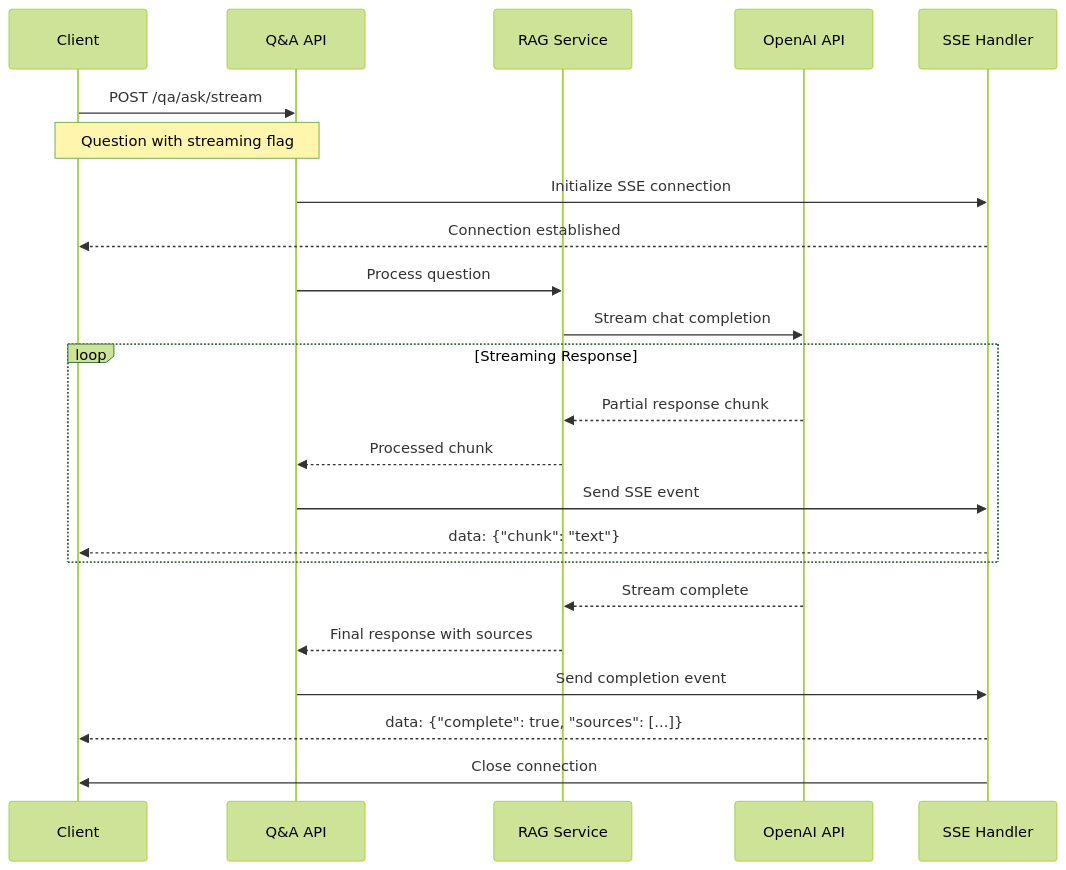
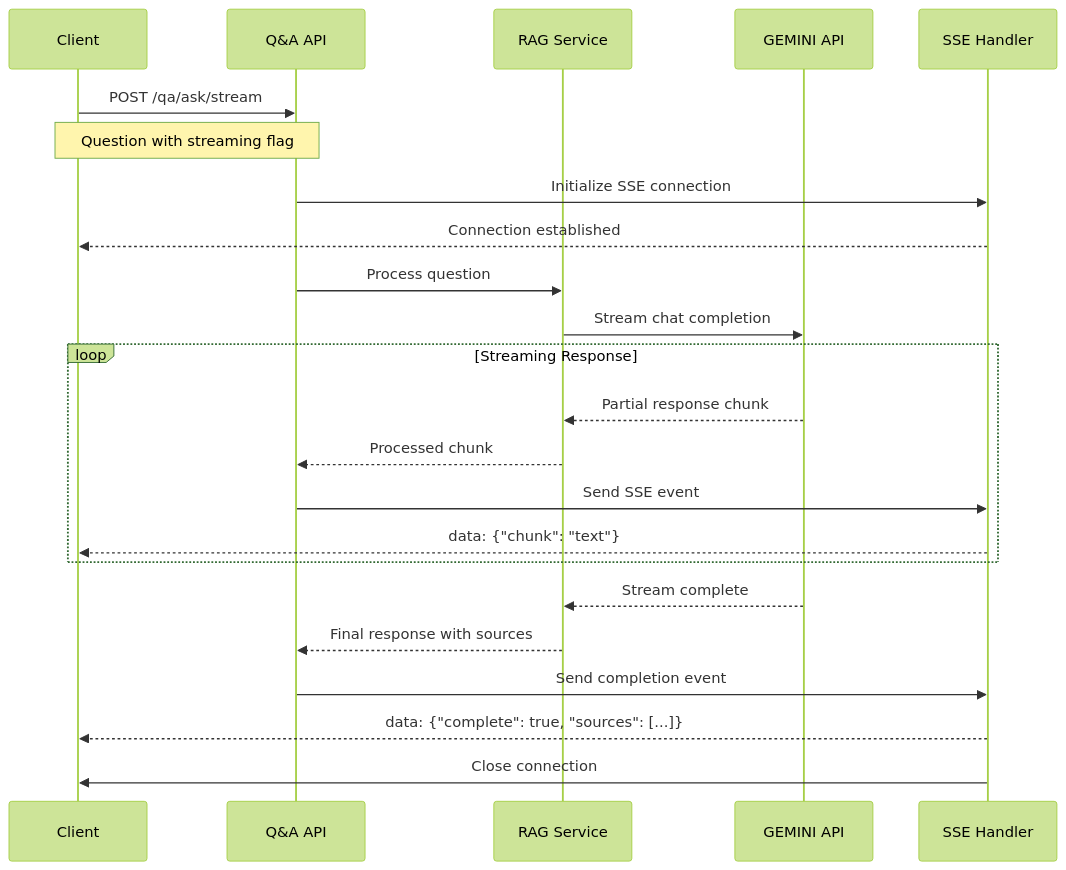
Before and after one commit to rahulsamant37/HackRx_Bajaj_Hackathon: the third of 12 diagrams in docs/diagrams/phase-3-api-endpoints-workflow.md, drawn with Mermaid (forest theme). The commit also changed other lines of this file and 9 other files, not shown here.

````diff
--- a/docs/diagrams/phase-3-api-endpoints-workflow.md
+++ b/docs/diagrams/phase-3-api-endpoints-workflow.md
@@ -161,30 +161,30 @@
 ```mermaid
 sequenceDiagram
     participant Client as Client
     participant API as Q&A API
     participant RAG as RAG Service
-    participant OpenAI as OpenAI API
+    participant GEMINI as GEMINI API
     participant Stream as SSE Handler
 
     Client->>API: POST /qa/ask/stream
     Note over Client,API: Question with streaming flag
     
     API->>Stream: Initialize SSE connection
     Stream-->>Client: Connection established
     
     API->>RAG: Process question
-    RAG->>OpenAI: Stream chat completion
+    RAG->>GEMINI: Stream chat completion
     
     loop Streaming Response
-        OpenAI-->>RAG: Partial response chunk
+        GEMINI-->>RAG: Partial response chunk
         RAG-->>API: Processed chunk
         API->>Stream: Send SSE event
         Stream-->>Client: data: {"chunk": "text"}
     end
     
-    OpenAI-->>RAG: Stream complete
+    GEMINI-->>RAG: Stream complete
     RAG-->>API: Final response with sources
     API->>Stream: Send completion event
     Stream-->>Client: data: {"complete": true, "sources": [...]}
     Stream->>Client: Close connection
 ```
````
